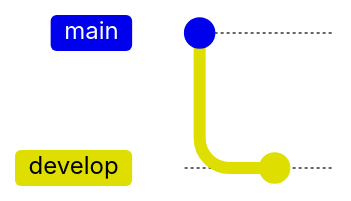
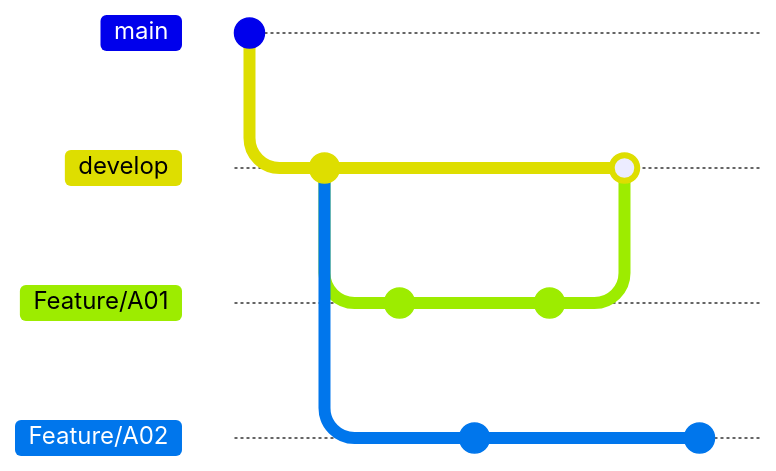
Before and after one commit to robbin0919/GITLAB: the diagram in branching-strategy/branching-strategy01.md, drawn with Mermaid. Commit ids are hidden.

````diff
--- a/branching-strategy/branching-strategy01.md
+++ b/branching-strategy/branching-strategy01.md
@@ -1,8 +1,19 @@
 ```mermaid
   %%{init: { 'logLevel': 'debug', 'theme': 'default' } }%%
       gitGraph
       commit
       branch develop
       checkout develop
       commit
+      branch Feature/A01
+      commit
+      checkout develop
+      branch Feature/A02
+      commit
+      checkout  Feature/A01
+      commit
+      checkout develop
+      merge Feature/A01
+      checkout  Feature/A02
+      commit
 ```      
````
